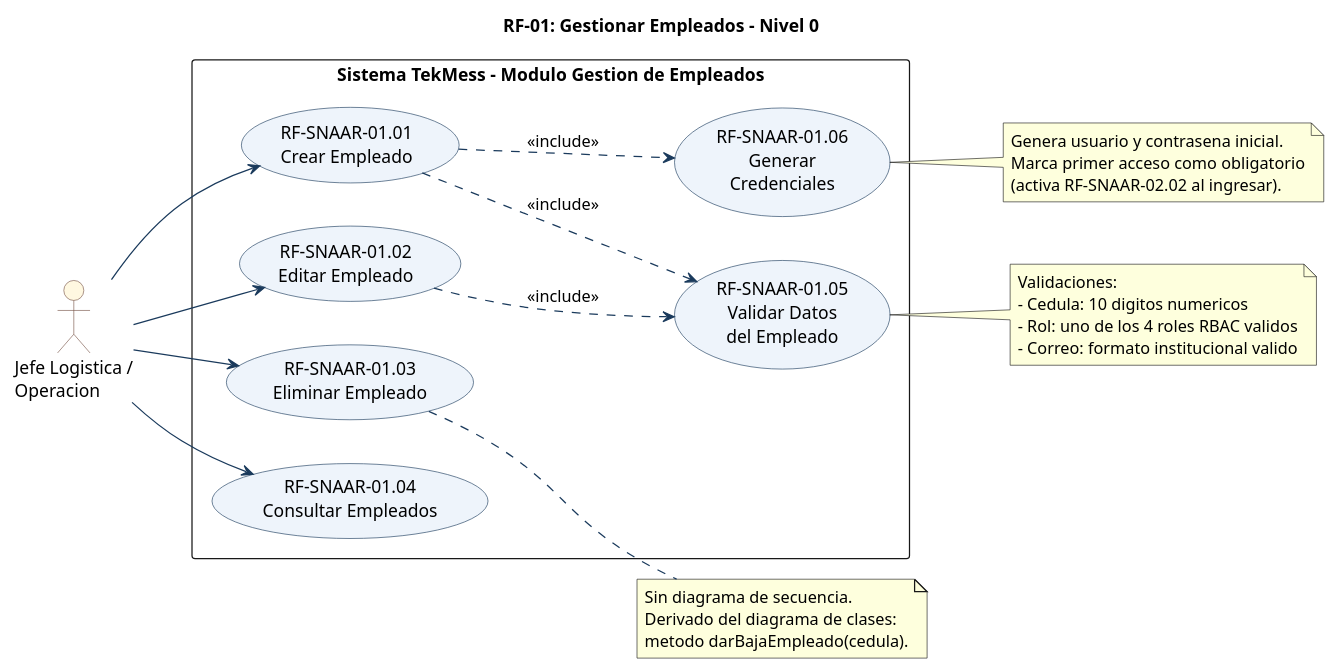
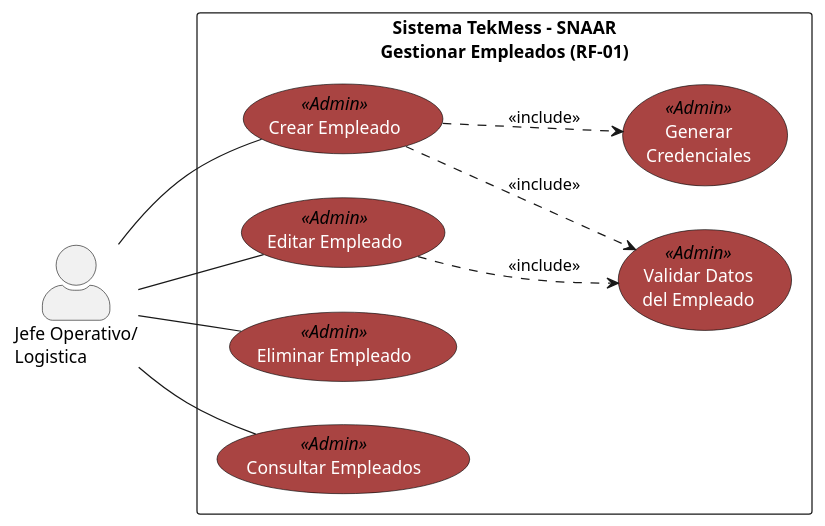
One commit to Dval05/AndradeDanna_30723_G6_ADSW changed the diagram in Parcial 1/Diagramas_Requisitos/01_RF1_Gestionar_Empleados/Diagrama_N0_RF1.puml. Above: the diagram before and after it, drawn with PlantUML. The commit also changed 18 other files, not shown here.

```diff
--- a/Parcial 1/Diagramas_Requisitos/01_RF1_Gestionar_Empleados/Diagrama_N0_RF1.puml
+++ b/Parcial 1/Diagramas_Requisitos/01_RF1_Gestionar_Empleados/Diagrama_N0_RF1.puml
@@ -1,58 +1,38 @@
-@startuml
-title RF-01: Gestionar Empleados - Nivel 0
+@startuml DiagramaN0_RF1_GestionarEmpleados
 
+skinparam actorStyle awesome
 left to right direction
-skinparam packageStyle rectangle
-skinparam shadowing false
+
+skinparam DefaultFontColor black
+skinparam BackgroundColor white
+
 skinparam usecase {
-  BackgroundColor #EEF4FB
-  BorderColor #1A3A5C
-  ArrowColor #1A3A5C
-}
-skinparam actor {
-  BackgroundColor #FFF8E1
-  BorderColor #795548
+    BackgroundColor<<Admin>> #A94442
+    BorderColor black
+    FontColor white
 }
 
-actor "Jefe Logistica /\nOperacion" as Jefe
+actor "Jefe Operativo/\nLogistica" as Jefe
 
-rectangle "Sistema TekMess - Modulo Gestion de Empleados" {
+rectangle "Sistema TekMess - SNAAR\nGestionar Empleados (RF-01)" #White {
 
-  usecase "RF-SNAAR-01.01\nCrear Empleado"         as UC1
-  usecase "RF-SNAAR-01.02\nEditar Empleado"         as UC2
-  usecase "RF-SNAAR-01.03\nEliminar Empleado"       as UC3
-  usecase "RF-SNAAR-01.04\nConsultar Empleados"     as UC4
-  usecase "RF-SNAAR-01.05\nValidar Datos\ndel Empleado" as UC5
-  usecase "RF-SNAAR-01.06\nGenerar\nCredenciales"   as UC6
+    usecase "Crear Empleado"              as UC1 <<Admin>>
+    usecase "Editar Empleado"             as UC2 <<Admin>>
+    usecase "Eliminar Empleado"           as UC3 <<Admin>>
+    usecase "Consultar Empleados"         as UC4 <<Admin>>
+    usecase "Validar Datos\ndel Empleado" as UC5 <<Admin>>
+    usecase "Generar\nCredenciales"       as UC6 <<Admin>>
 
 }
 
-Jefe --> UC1
-Jefe --> UC2
-Jefe --> UC3
-Jefe --> UC4
+Jefe--UC1
+Jefe--UC2
+Jefe--UC3
+Jefe--UC4
 
 UC1 ..> UC5 : <<include>>
 UC2 ..> UC5 : <<include>>
 UC1 ..> UC6 : <<include>>
 
-note right of UC5
-  Validaciones:
-  - Cedula: 10 digitos numericos
-  - Rol: uno de los 4 roles RBAC validos
-  - Correo: formato institucional valido
-end note
-
-note right of UC6
-  Genera usuario y contrasena inicial.
-  Marca primer acceso como obligatorio
-  (activa RF-SNAAR-02.02 al ingresar).
-end note
-
-note right of UC3
-  Sin diagrama de secuencia.
-  Derivado del diagrama de clases:
-  metodo darBajaEmpleado(cedula).
-end note
-
+'Elaborado Grupo 6 - ADSW ESPE - 2026
 @enduml
```
